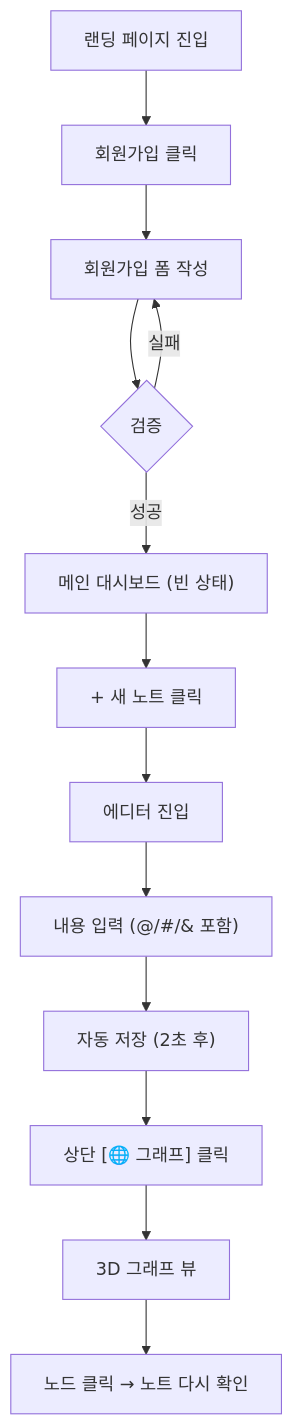
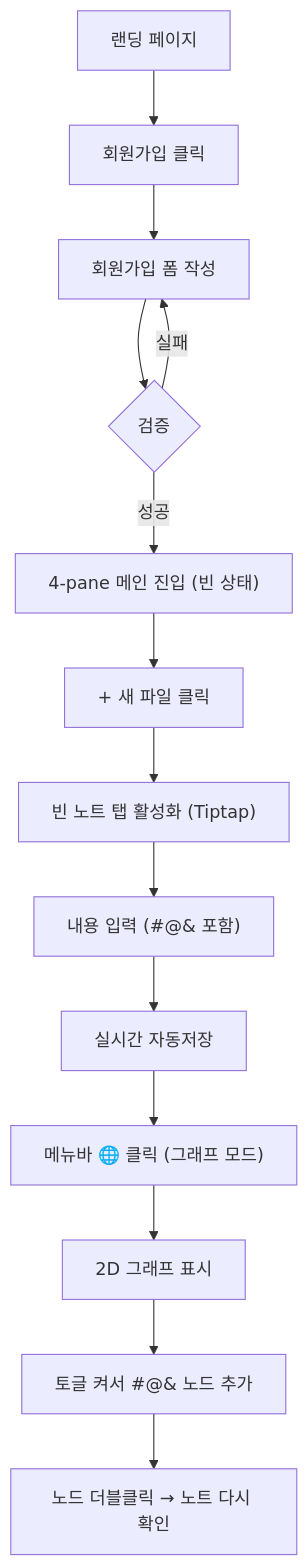
The second of 3 diagrams in 03_설계/화면_설계서.md (GC-Five-Guys/Docs), drawn with Mermaid before and after one commit. The commit also changed other lines of this file and 4 other files, not shown here.

First line of the commit message:
docs(design): 설계 5종 v2 — Tiptap·2D 그래프·4-pane 레이아웃 반영

````diff
--- a/03_설계/화면_설계서.md
+++ b/03_설계/화면_설계서.md
@@ -385,15 +446,16 @@
 ```mermaid
 flowchart TD
-  A["랜딩 페이지 진입"] --> B["회원가입 클릭"]
+  A["랜딩 페이지"] --> B["회원가입 클릭"]
   B --> C["회원가입 폼 작성"]
   C --> D{검증}
   D -- 실패 --> C
-  D -- 성공 --> E["메인 대시보드 (빈 상태)"]
-  E --> F["+ 새 노트 클릭"]
-  F --> G["에디터 진입"]
-  G --> H["내용 입력 (@/#/& 포함)"]
-  H --> I["자동 저장 (2초 후)"]
-  I --> J["상단 [🌐 그래프] 클릭"]
-  J --> K["3D 그래프 뷰"]
-  K --> L["노드 클릭 → 노트 다시 확인"]
+  D -- 성공 --> E["4-pane 메인 진입 (빈 상태)"]
+  E --> F["+ 새 파일 클릭"]
+  F --> G["빈 노트 탭 활성화 (Tiptap)"]
+  G --> H["내용 입력 (#@& 포함)"]
+  H --> I["실시간 자동저장"]
+  I --> J["메뉴바 🌐 클릭 (그래프 모드)"]
+  J --> K["2D 그래프 표시"]
+  K --> L["토글 켜서 #@& 노드 추가"]
+  L --> M["노드 더블클릭 → 노트 다시 확인"]
 ```
````
